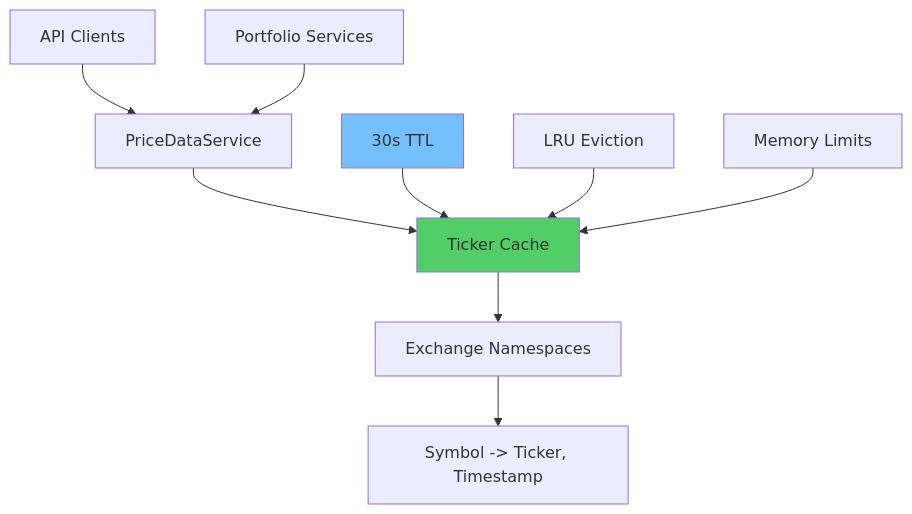
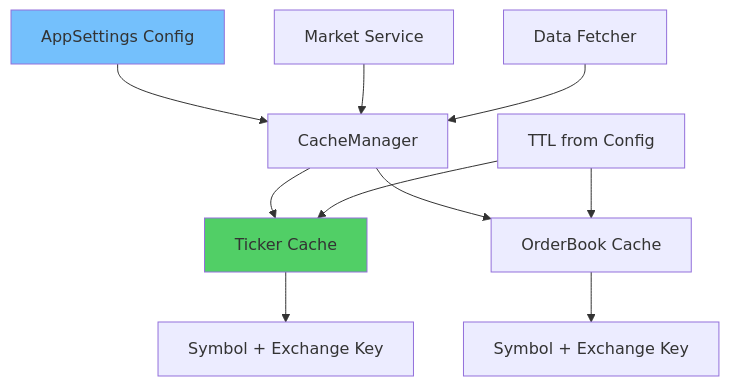
One commit to plataplomo/hummingbot changed the third of 11 diagrams in workflow/cache_refactor/01_first_look.md. Above: the diagram before and after it, drawn with Mermaid. The commit also changed other lines of this file and 3 other files, not shown here.

Commit message:
docs: Update cache architecture documents to reflect enhancements and simplifications in event-driven integration strategy

````diff
--- a/workflow/cache_refactor/01_first_look.md
+++ b/workflow/cache_refactor/01_first_look.md
@@ -73,16 +80,17 @@
 ```mermaid
 graph TD
-    A[PriceDataService] --> B[Ticker Cache]
-    B --> C[Exchange Namespaces]
-    C --> D[Symbol -> Ticker, Timestamp]
+    A[CacheManager] --> B[Ticker Cache]
+    A --> C[OrderBook Cache]
+    B --> D[Symbol + Exchange Key]
+    C --> E[Symbol + Exchange Key]
 
-    E[30s TTL] --> B
-    F[LRU Eviction] --> B
-    G[Memory Limits] --> B
+    F[AppSettings Config] --> A
+    G[TTL from Config] --> B
+    G --> C
 
-    H[API Clients] --> A
-    I[Portfolio Services] --> A
+    H[Market Service] --> A
+    I[Data Fetcher] --> A
 
     style B fill:#51cf66,color:#333
-    style E fill:#74c0fc,color:#333
+    style F fill:#74c0fc,color:#333
 ```
````
